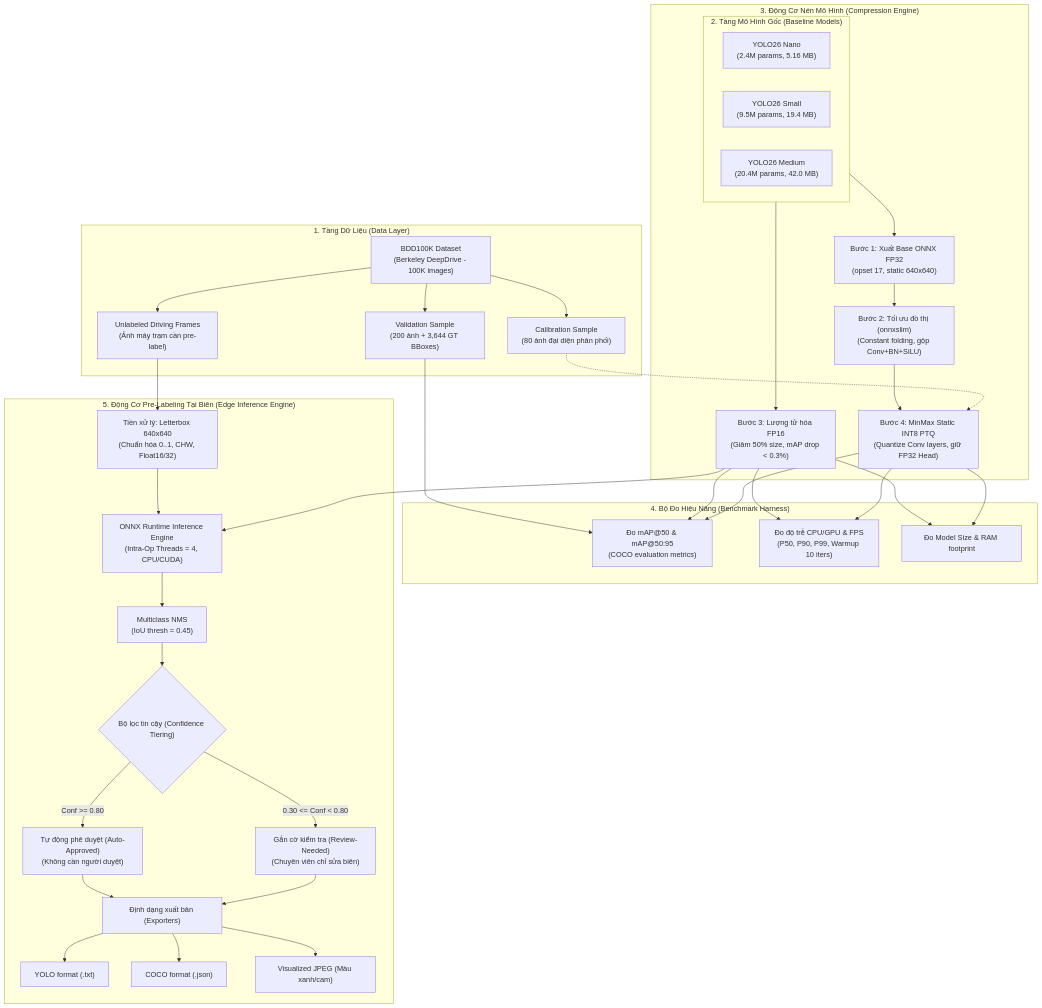
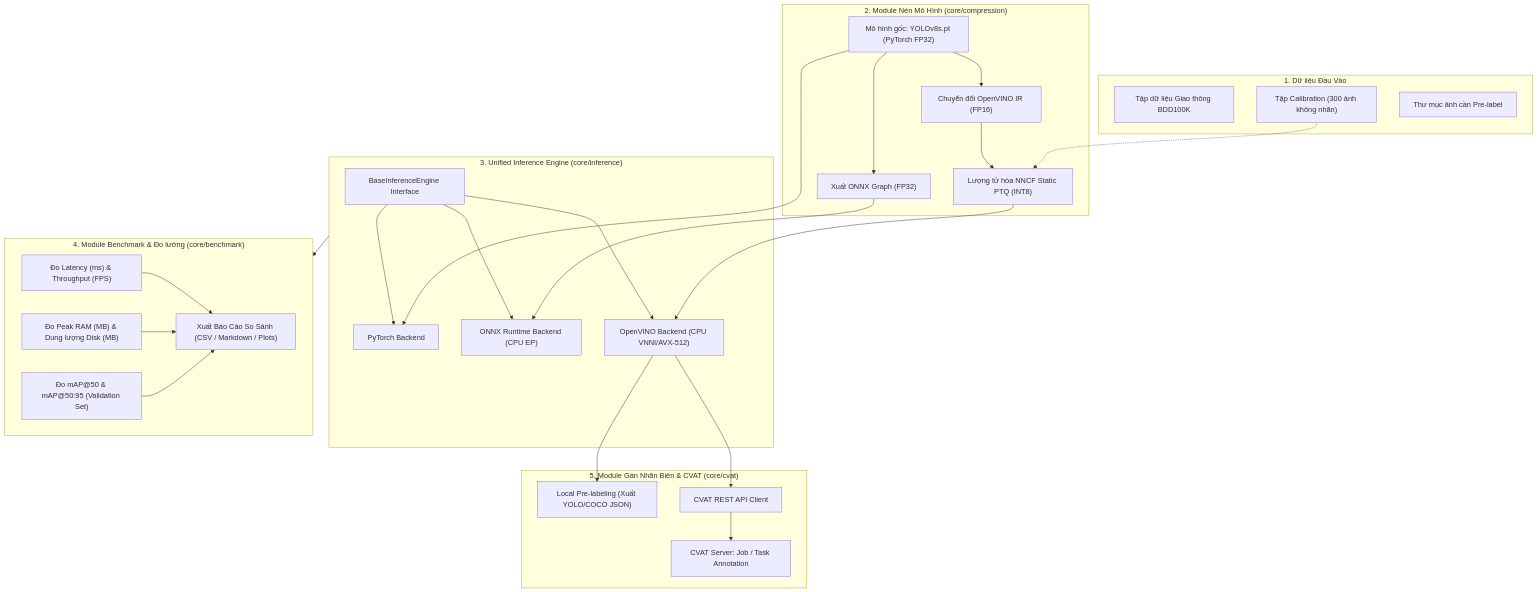
One commit to ManhLD424/M38-Edge-PreLabeling changed the diagram in docs/SYSTEM_SPECIFICATION.md. Above: the diagram before and after it, drawn with Mermaid. The commit also changed other lines of this file and 169 other files, not shown here.

````diff
--- a/docs/SYSTEM_SPECIFICATION.md
+++ b/docs/SYSTEM_SPECIFICATION.md
@@ -40,54 +35,58 @@
 ```mermaid
 flowchart TD
-    subgraph DataLayer ["1. Tầng Dữ Liệu (Data Layer)"]
-        BDD["BDD100K Dataset\n(Berkeley DeepDrive - 100K images)"]
-        ValSet["Validation Sample\n(200 ảnh + 3,644 GT BBoxes)"]
-        CalibSet["Calibration Sample\n(80 ảnh đại diện phân phối)"]
-        RawFrames["Unlabeled Driving Frames\n(Ảnh máy trạm cần pre-label)"]
-        BDD --> ValSet
-        BDD --> CalibSet
-        BDD --> RawFrames
+    subgraph InputData ["1. Dữ liệu Đầu Vào"]
+        PCDataset["Tập dữ liệu Giao thông BDD100K"]
+        CalibSet["Tập Calibration (300 ảnh không nhãn)"]
+        RawImages["Thư mục ảnh cần Pre-label"]
     end
 
-    subgraph BaseModels ["2. Tầng Mô Hình Gốc (Baseline Models)"]
-        YOLOn["YOLO26 Nano\n(2.4M params, 5.16 MB)"]
-        YOLOs["YOLO26 Small\n(9.5M params, 19.4 MB)"]
-        YOLOm["YOLO26 Medium\n(20.4M params, 42.0 MB)"]
+    subgraph CompressionModule ["2. Module Nén Mô Hình (core/compression)"]
+        BaseModel["Mô hình gốc: YOLOv8s.pt (PyTorch FP32)"]
+        ONNXExport["Xuất ONNX Graph (FP32)"]
+        OpenVINO_FP16["Chuyển đổi OpenVINO IR (FP16)"]
+        NNCF_PTQ["Lượng tử hóa NNCF Static PTQ (INT8)"]
+        
+        BaseModel --> ONNXExport
+        BaseModel --> OpenVINO_FP16
+        OpenVINO_FP16 --> NNCF_PTQ
+        CalibSet -.-> NNCF_PTQ
     end
 
-    subgraph CompressionPipeline ["3. Động Cơ Nén Mô Hình (Compression Engine)"]
-        ONNX_Export["Bước 1: Xuất Base ONNX FP32\n(opset 17, static 640x640)"]
-        GraphSlim["Bước 2: Tối ưu đồ thị (onnxslim)\n(Constant folding, gộp Conv+BN+SiLU)"]
-        FP16_Export["Bước 3: Lượng tử hóa FP16\n(Giảm 50% size, mAP drop < 0.3%)"]
-        INT8_PTQ["Bước 4: MinMax Static INT8 PTQ\n(Quantize Conv layers, giữ FP32 Head)"]
+    subgraph RuntimeEngine ["3. Unified Inference Engine (core/inference)"]
+        EngineInterface["BaseInferenceEngine Interface"]
+        PyTorchRunner["PyTorch Backend"]
+        ONNXRunner["ONNX Runtime Backend (CPU EP)"]
+        OVRunner["OpenVINO Backend (CPU VNNI/AVX-512)"]
         
-        BaseModels --> ONNX_Export
-        ONNX_Export --> GraphSlim
-        BaseModels --> FP16_Export
-        GraphSlim --> INT8_PTQ
-        CalibSet -.-> INT8_PTQ
+        EngineInterface --> PyTorchRunner
+        EngineInterface --> ONNXRunner
+        EngineInterface --> OVRunner
     end
 
-    subgraph BenchmarkSuite ["4. Bộ Đo Hiệu Năng (Benchmark Harness)"]
-        ValSet --> AccuracyEval["Đo mAP@50 & mAP@50:95\n(COCO evaluation metrics)"]
-        LatencyProfiler["Đo độ trễ CPU/GPU & FPS\n(P50, P90, P99, Warmup 10 iters)"]
-        MemoryProfiler["Đo Model Size & RAM footprint"]
-        FP16_Export & INT8_PTQ --> AccuracyEval
-        FP16_Export & INT8_PTQ --> LatencyProfiler
-        FP16_Export & INT8_PTQ --> MemoryProfiler
+    subgraph BenchmarkSuite ["4. Module Benchmark & Đo lường (core/benchmark)"]
+        SpeedMetrics["Đo Latency (ms) & Throughput (FPS)"]
+        ResourceMetrics["Đo Peak RAM (MB) & Dung lượng Disk (MB)"]
+        AccuracyMetrics["Đo mAP@50 & mAP@50:95 (Validation Set)"]
+        ReportGenerator["Xuất Báo Cáo So Sánh (CSV / Markdown / Plots)"]
+        
+        SpeedMetrics --> ReportGenerator
+        ResourceMetrics --> ReportGenerator
+        AccuracyMetrics --> ReportGenerator
     end
 
-    subgraph PreLabelEngine ["5. Động Cơ Pre-Labeling Tại Biên (Edge Inference Engine)"]
-        RawFrames --> Preprocess["Tiền xử lý: Letterbox 640x640\n(Chuẩn hóa 0..1, CHW, Float16/32)"]
-        Preprocess --> OrtInference["ONNX Runtime Inference Engine\n(Intra-Op Threads = 4, CPU/CUDA)"]
-        FP16_Export --> OrtInference
-        OrtInference --> NMS["Multiclass NMS\n(IoU thresh = 0.45)"]
-        NMS --> ConfSplit{"Bộ lọc tin cậy (Confidence Tiering)"}
-        ConfSplit -->|Conf >= 0.80| AutoAccept["Tự động phê duyệt (Auto-Approved)\n(Không cần người duyệt)"]
-        ConfSplit -->|0.30 <= Conf < 0.80| FlagReview["Gắn cờ kiểm tra (Review-Needed)\n(Chuyên viên chỉ sửa biên)"]
-        AutoAccept & FlagReview --> Exporter["Định dạng xuất bản (Exporters)"]
-        Exporter --> OutYOLO["YOLO format (.txt)"]
-        Exporter --> OutCOCO["COCO format (.json)"]
-        Exporter --> Visuals["Visualized JPEG (Màu xanh/cam)"]
+    subgraph AnnotationIntegration ["5. Module Gán Nhãn Biên & CVAT (core/cvat)"]
+        LocalPredictor["Local Pre-labeling (Xuất YOLO/COCO JSON)"]
+        CVATClient["CVAT REST API Client"]
+        CVATJob["CVAT Server: Job / Task Annotation"]
+        
+        OVRunner --> LocalPredictor
+        OVRunner --> CVATClient
+        CVATClient --> CVATJob
     end
+
+    NNCF_PTQ --> OVRunner
+    ONNXExport --> ONNXRunner
+    BaseModel --> PyTorchRunner
+    
+    RuntimeEngine --> BenchmarkSuite
 ```
````
